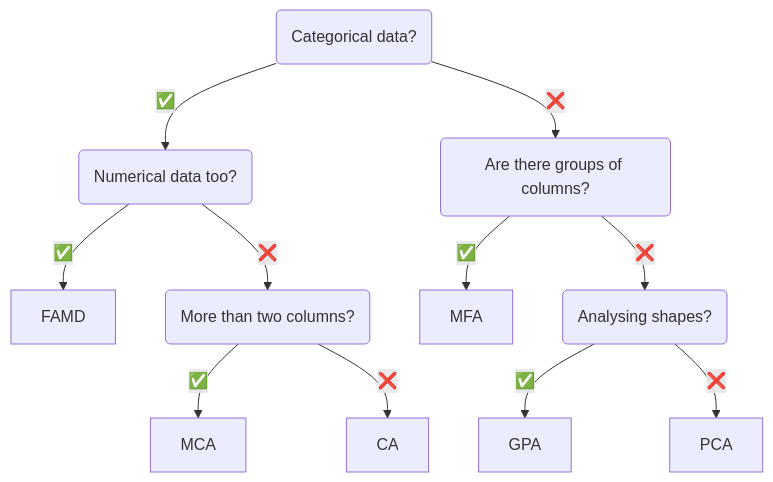
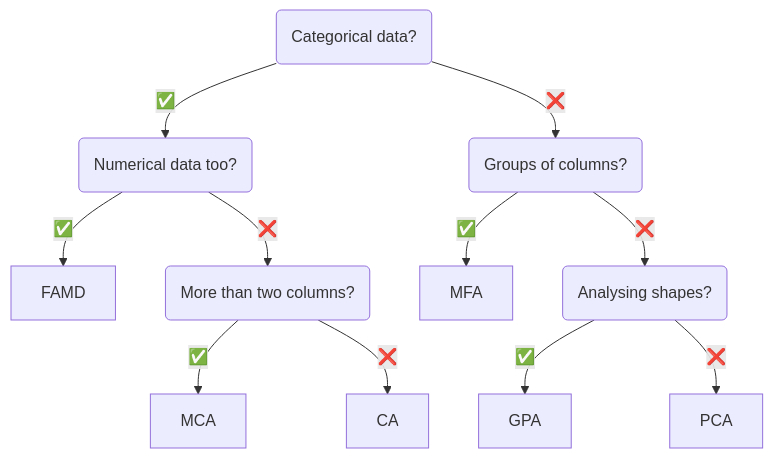
Before and after one commit to MaxHalford/prince: the diagram in docs/content/_index.md, drawn with Mermaid. The commit also changed 2 other files, not shown here.

````diff
--- a/docs/content/_index.md
+++ b/docs/content/_index.md
@@ -1,19 +1,19 @@
 ```mermaid
 flowchart TD
     cat?(Categorical data?) --> |"✅"| num_too?(Numerical data too?)
     num_too? --> |"✅"| FAMD
     num_too? --> |"❌"| multiple_cat?(More than two columns?)
     multiple_cat? --> |"✅"| MCA
     multiple_cat? --> |"❌"| CA
-    cat? --> |"❌"| groups?(Are there groups of columns?)
+    cat? --> |"❌"| groups?(Groups of columns?)
     groups? --> |"✅"| MFA
     groups? --> |"❌"| shapes?(Analysing shapes?)
     shapes? --> |"✅"| GPA
     shapes? --> |"❌"| PCA
     click PCA "/pca" "Principal component analysis"
     click CA "/ca" "Correspondence analysis"
     click MCA "/mca" "Principal component analysis"
     click MFA "/mfa" "Multiple factor analysis"
     click FAMD "/famd" "Factor analysis of mixed data"
     click GPA "/gpa" "Generalized Procrustes analysis"
 ```
````
